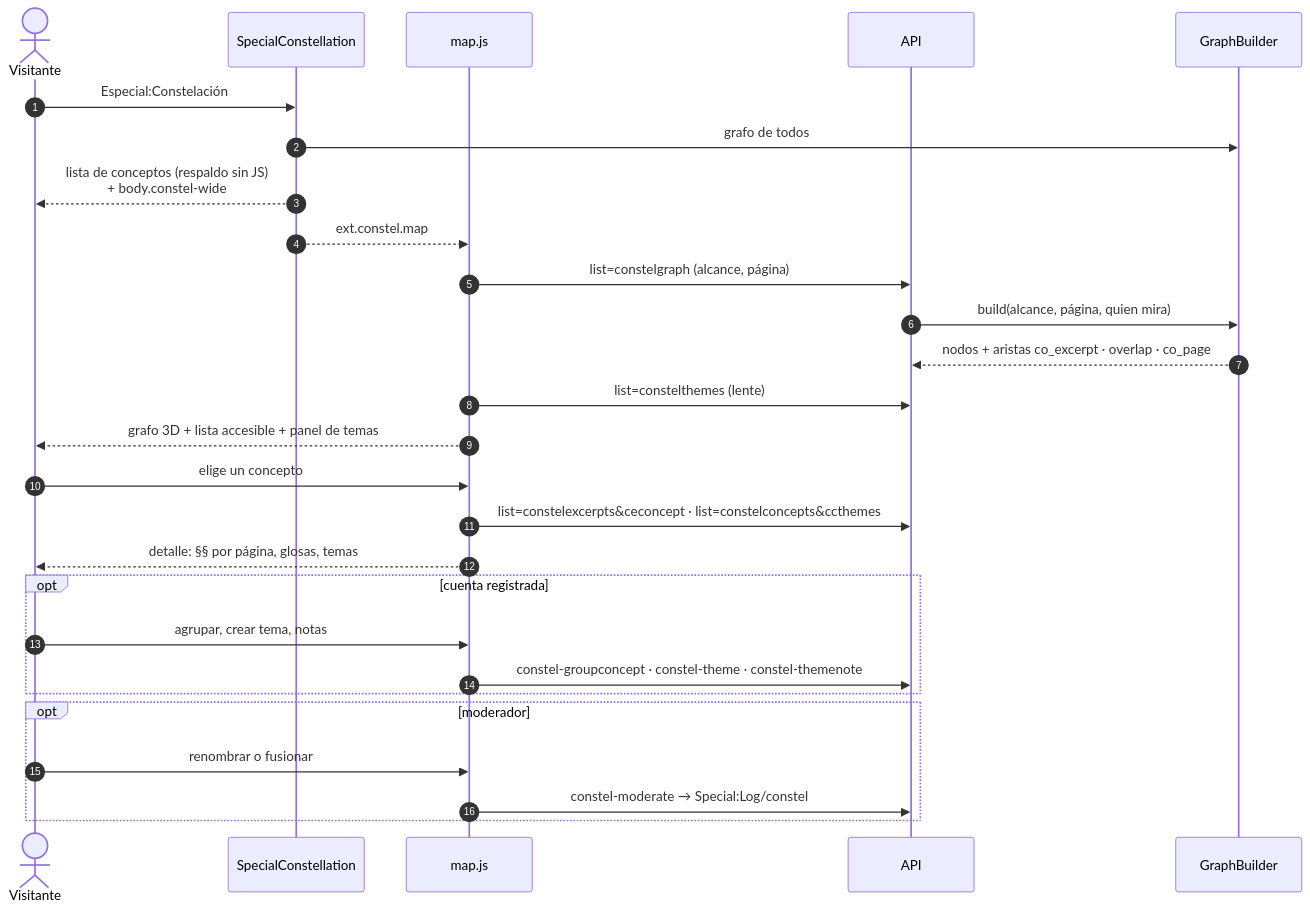
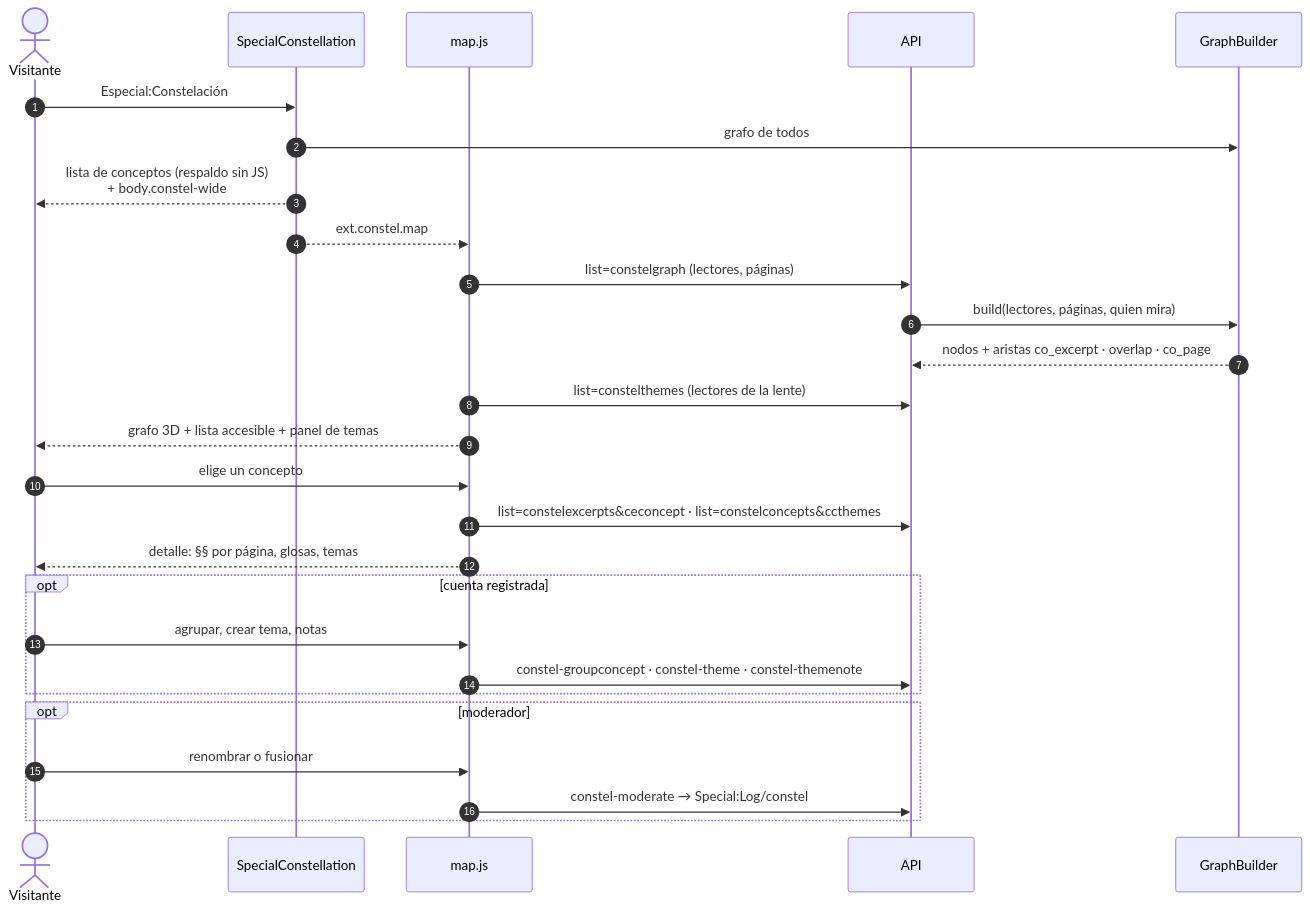
The ninth of 9 diagrams in docs/ARCHITECTURE.md (eadpucv/casiopea-constel), drawn with Mermaid before and after one commit. The commit also changed other lines of this file and 29 other files, not shown here.

````diff
--- a/docs/ARCHITECTURE.md
+++ b/docs/ARCHITECTURE.md
@@ -453,30 +458,30 @@
 ```mermaid
 sequenceDiagram
     autonumber
     actor V as Visitante
     participant SP as SpecialConstellation
     participant M as map.js
     participant API as API
     participant G as GraphBuilder
 
     V->>SP: Especial:Constelación
     SP->>G: grafo de todos
     SP-->>V: lista de conceptos (respaldo sin JS)<br/>+ body.constel-wide
     SP-->>M: ext.constel.map
-    M->>API: list=constelgraph (alcance, página)
-    API->>G: build(alcance, página, quien mira)
+    M->>API: list=constelgraph (lectores, páginas)
+    API->>G: build(lectores, páginas, quien mira)
     G-->>API: nodos + aristas co_excerpt · overlap · co_page
-    M->>API: list=constelthemes (lente)
+    M->>API: list=constelthemes (lectores de la lente)
     M-->>V: grafo 3D + lista accesible + panel de temas
     V->>M: elige un concepto
     M->>API: list=constelexcerpts&ceconcept · list=constelconcepts&ccthemes
     M-->>V: detalle: §§ por página, glosas, temas
     opt cuenta registrada
         V->>M: agrupar, crear tema, notas
         M->>API: constel-groupconcept · constel-theme · constel-themenote
     end
     opt moderador
         V->>M: renombrar o fusionar
         M->>API: constel-moderate → Special:Log/constel
     end
 ```
````
